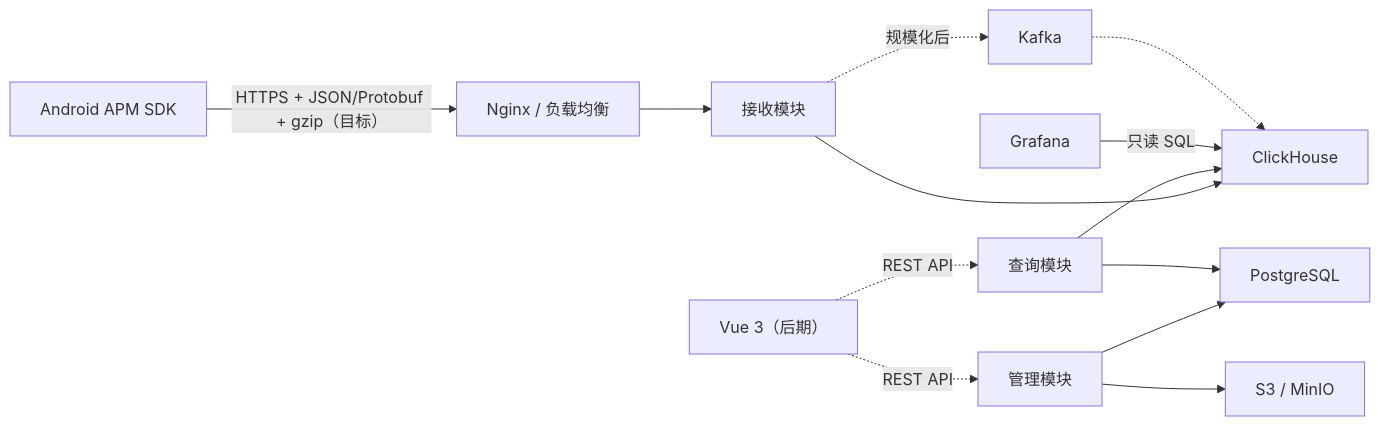
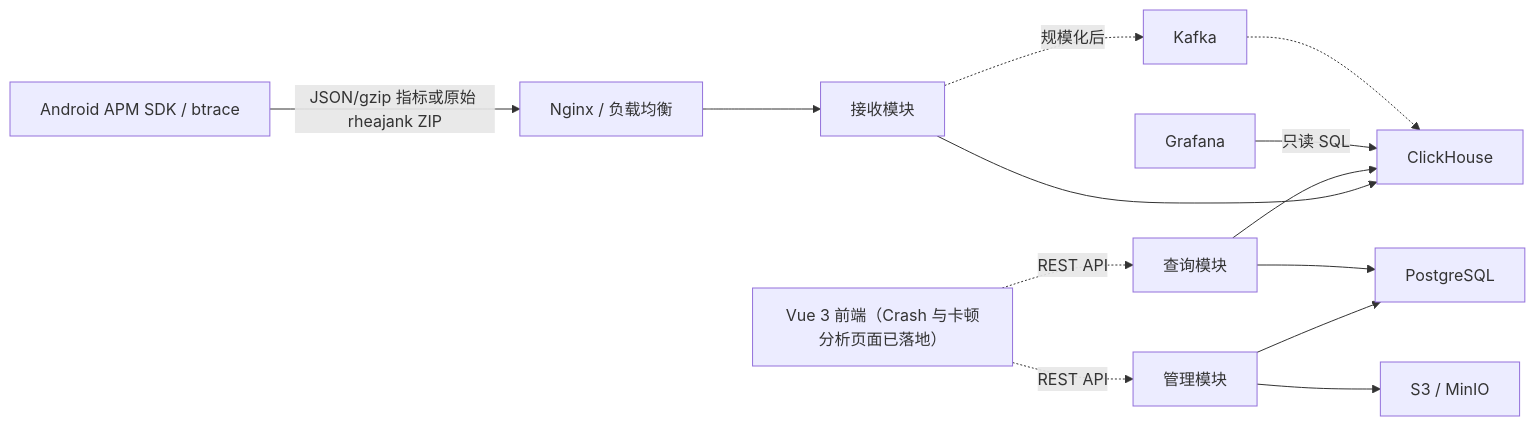
The diagram in docs/knowledge-base/02-总体架构与模块.md (mashanshui/apm-server), drawn with Mermaid before and after one commit. The commit also changed other lines of this file and 410 other files, not shown here.

````diff
--- a/docs/knowledge-base/02-总体架构与模块.md
+++ b/docs/knowledge-base/02-总体架构与模块.md
@@ -5,15 +7,15 @@
 ```mermaid
 flowchart LR
-    SDK["Android APM SDK"] -->|"HTTPS + JSON/Protobuf + gzip（目标）"| Nginx["Nginx / 负载均衡"]
+    SDK["Android APM SDK / btrace"] -->|"JSON/gzip 指标或原始 rheajank ZIP"| Nginx["Nginx / 负载均衡"]
     Nginx --> Ingest["接收模块"]
     Ingest --> CH["ClickHouse"]
     Admin["管理模块"] --> PG["PostgreSQL"]
     Admin --> Obj["S3 / MinIO"]
     Query["查询模块"] --> PG
     Query --> CH
     Grafana["Grafana"] -->|"只读 SQL"| CH
-    Vue["Vue 3（后期）"] -.->|"REST API"| Admin
+    Vue["Vue 3 前端（Crash 与卡顿分析页面已落地）"] -.->|"REST API"| Admin
     Vue -.->|"REST API"| Query
     Ingest -.->|"规模化后"| Kafka["Kafka"]
     Kafka -.-> CH
 ```
````
